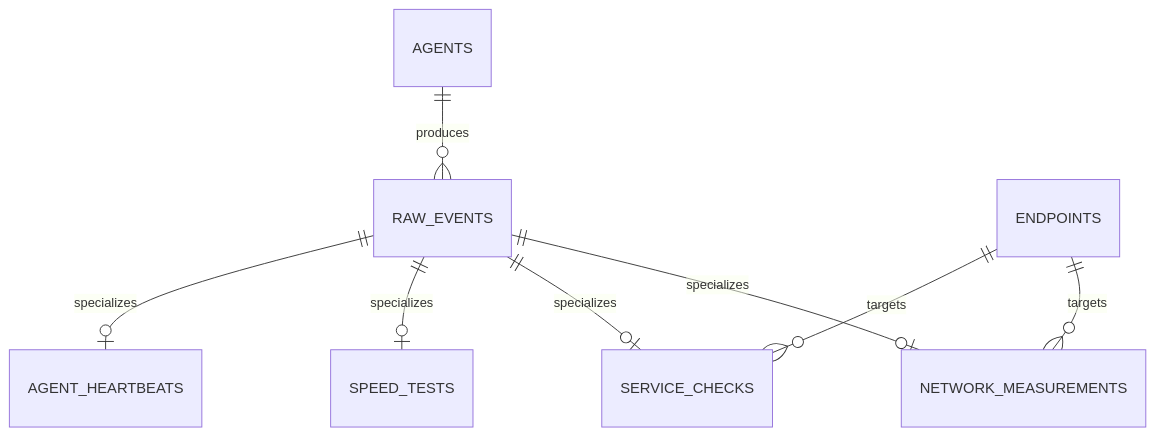
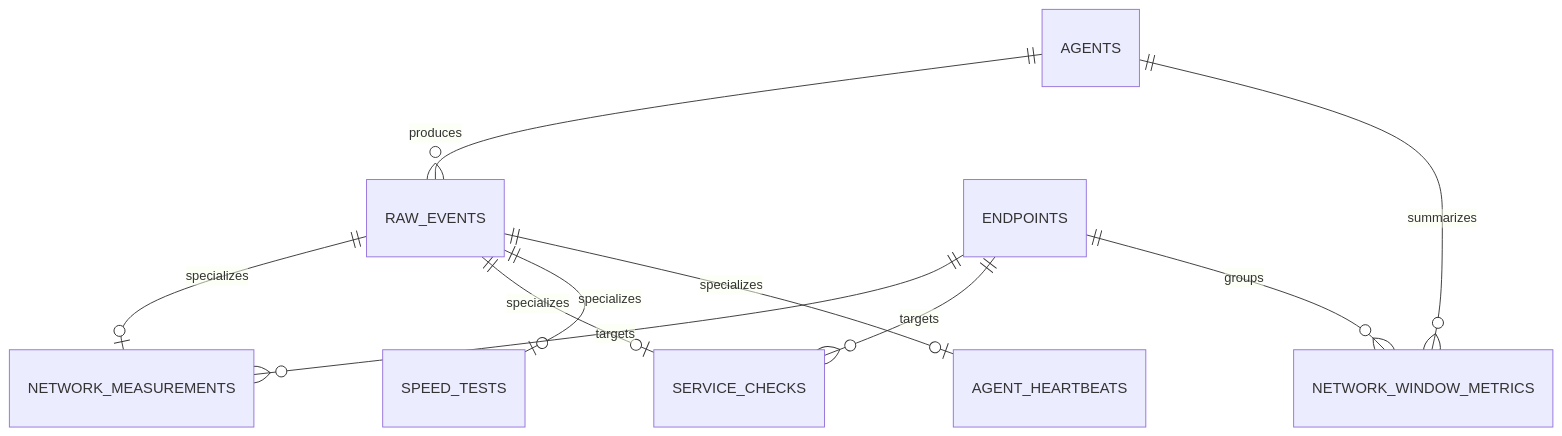
Before and after one commit to Jerry-Padilla/local-network-kafka-monitoring: the second of 2 diagrams in docs/architecture.md, drawn with Mermaid. The commit also changed other lines of this file and 38 other files, not shown here.

````diff
--- a/docs/architecture.md
+++ b/docs/architecture.md
@@ -78,10 +87,12 @@
 ```mermaid
 erDiagram
     AGENTS ||--o{ RAW_EVENTS : produces
     RAW_EVENTS ||--o| NETWORK_MEASUREMENTS : specializes
     RAW_EVENTS ||--o| SERVICE_CHECKS : specializes
     RAW_EVENTS ||--o| SPEED_TESTS : specializes
     RAW_EVENTS ||--o| AGENT_HEARTBEATS : specializes
     ENDPOINTS ||--o{ NETWORK_MEASUREMENTS : targets
     ENDPOINTS ||--o{ SERVICE_CHECKS : targets
+    AGENTS ||--o{ NETWORK_WINDOW_METRICS : summarizes
+    ENDPOINTS ||--o{ NETWORK_WINDOW_METRICS : groups
 ```
````
